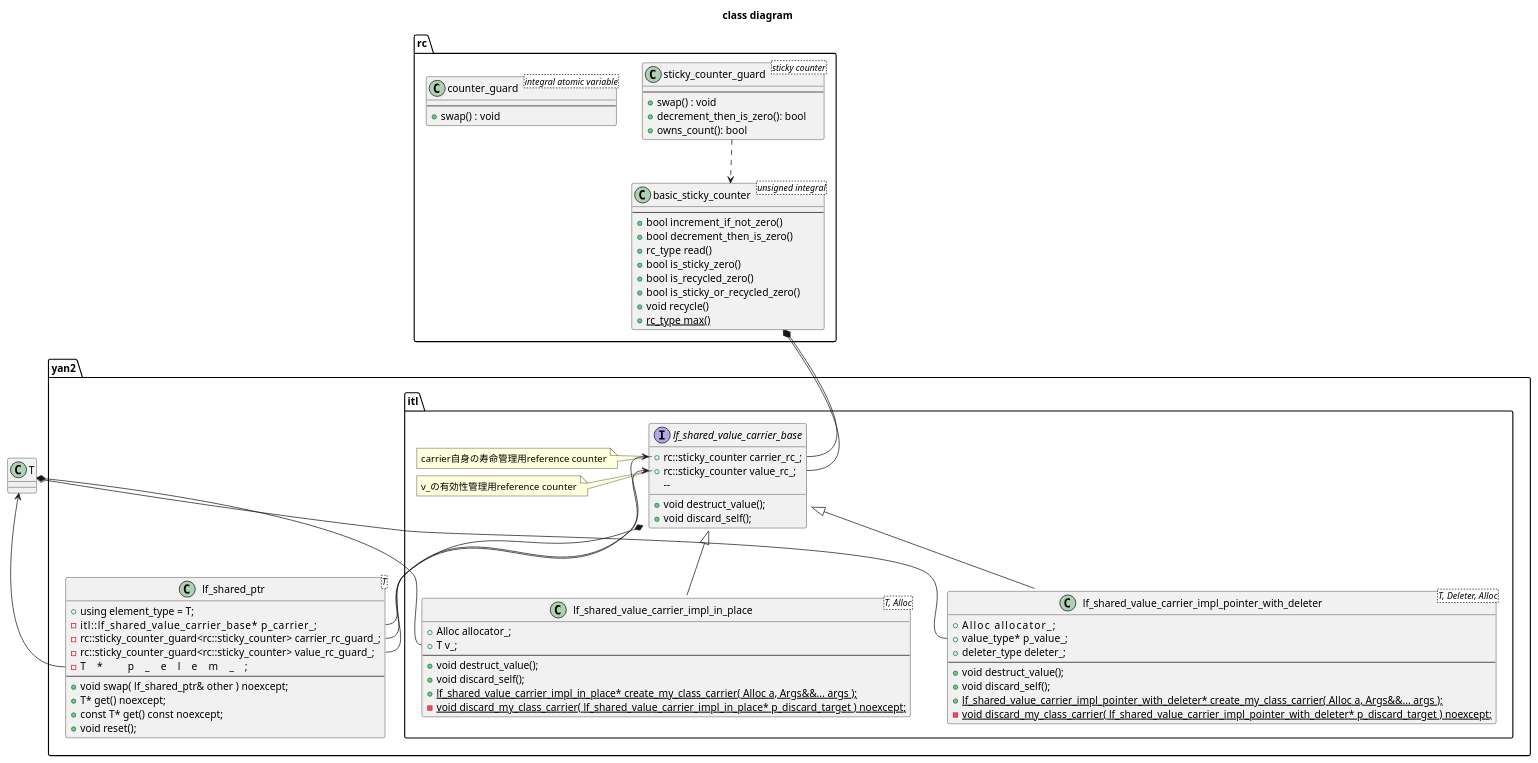
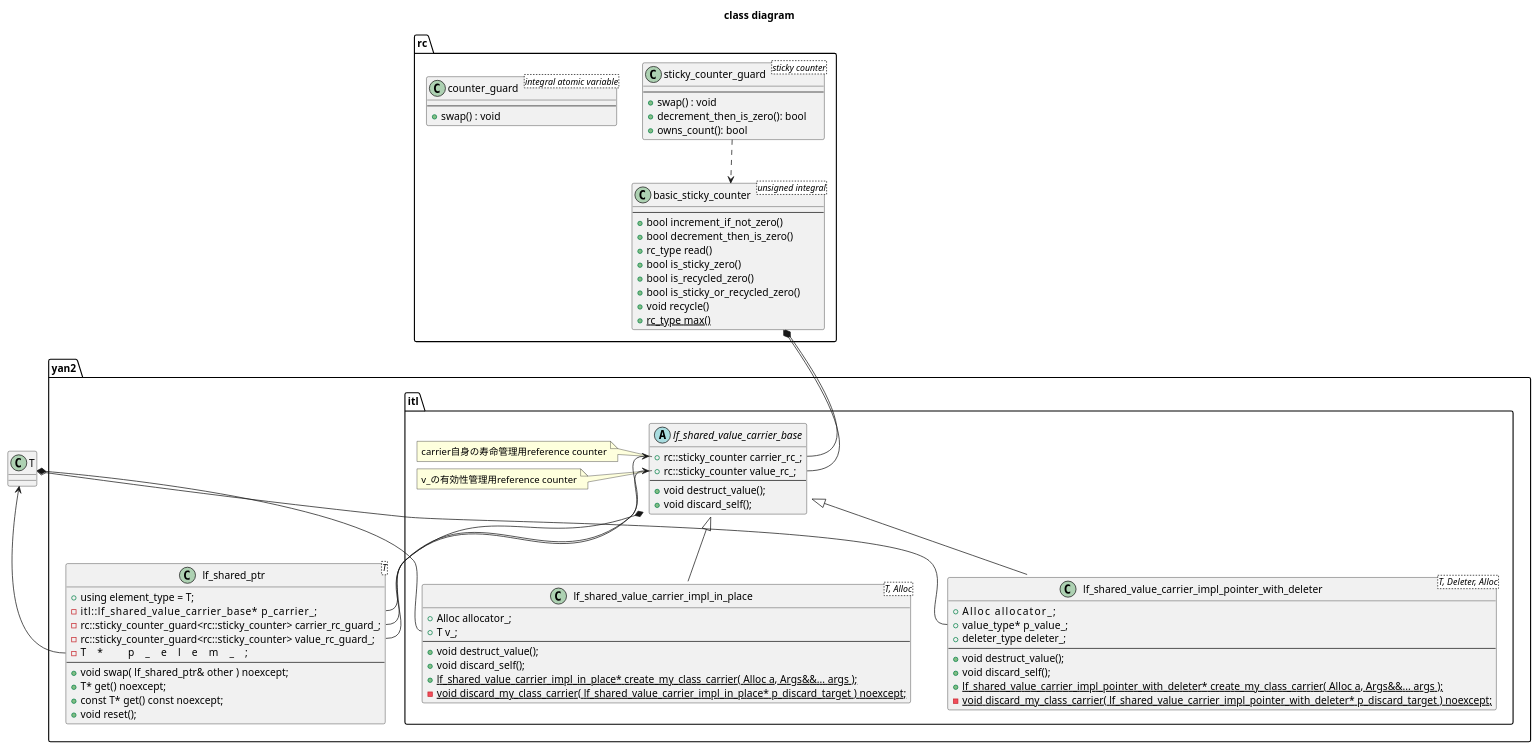
One commit to PFA03027/yan_lf_shared_ptr changed the diagram in doc/class_diagram_lf_shared_ptr.puml. Above: the diagram before and after it, drawn with PlantUML. The commit also changed 1 other file, not shown here.

Commit message:
doc: add class diagram of type_lfheap.hpp

```diff
--- a/doc/class_diagram_lf_shared_ptr.puml
+++ b/doc/class_diagram_lf_shared_ptr.puml
@@ -1,106 +1,106 @@
 @startuml
 
 title class diagram
 
 class T {}
 
 namespace rc {
 class basic_sticky_counter<unsigned integral> {
   --
-+ bool increment_if_not_zero()
-+ bool decrement_then_is_zero()
-+ rc_type read()
-+ bool is_sticky_zero()
-+ bool is_recycled_zero()
-+ bool is_sticky_or_recycled_zero()
-+ void recycle()
-+ {static} rc_type max()
+  + bool increment_if_not_zero()
+  + bool decrement_then_is_zero()
+  + rc_type read()
+  + bool is_sticky_zero()
+  + bool is_recycled_zero()
+  + bool is_sticky_or_recycled_zero()
+  + void recycle()
+  + {static} rc_type max()
 }
 
 
 class sticky_counter_guard<sticky counter> {
-    --
-    + swap() : void
-    + decrement_then_is_zero(): bool
-    + owns_count(): bool
+  --
+  + swap() : void
+  + decrement_then_is_zero(): bool
+  + owns_count(): bool
 }
 
 sticky_counter_guard ..> basic_sticky_counter
 
 class counter_guard<integral atomic variable> {
-    --
-    + swap() : void
+  --
+  + swap() : void
 }
 
 }
 
 namespace yan2 {
 namespace itl {
 
-interface lf_shared_value_carrier_base {
-	+ rc::sticky_counter carrier_rc_;
-	+ rc::sticky_counter value_rc_;
-    --
-    + void destruct_value(); 
-    + void discard_self();
+abstract lf_shared_value_carrier_base {
+  + rc::sticky_counter carrier_rc_;
+  + rc::sticky_counter value_rc_;
+  --
+  + void destruct_value(); 
+  + void discard_self();
 }
 note left of lf_shared_value_carrier_base::carrier_rc_
   carrier自身の寿命管理用reference counter
 end note
 note left of lf_shared_value_carrier_base::value_rc_
   v_の有効性管理用reference counter
 end note
 
 basic_sticky_counter *-- lf_shared_value_carrier_base::carrier_rc_
 basic_sticky_counter *-- lf_shared_value_carrier_base::value_rc_
 
 
 class lf_shared_value_carrier_impl_in_place<T, Alloc> {
-    + Alloc allocator_;
-    + T v_;
-    --
-    + void destruct_value(); 
-    + void discard_self();
-    + {static} lf_shared_value_carrier_impl_in_place* create_my_class_carrier( Alloc a, Args&&... args );
+  + Alloc allocator_;
+  + T v_;
+  --
+  + void destruct_value(); 
+  + void discard_self();
+  + {static} lf_shared_value_carrier_impl_in_place* create_my_class_carrier( Alloc a, Args&&... args );
     - {static} void discard_my_class_carrier( lf_shared_value_carrier_impl_in_place* p_discard_target ) noexcept;
 }
 T *-- lf_shared_value_carrier_impl_in_place::v_
 
 class lf_shared_value_carrier_impl_pointer_with_deleter<T, Deleter, Alloc> {
-    + Alloc        allocator_;
-	+ value_type*  p_value_;
-	+ deleter_type deleter_;
-    --
-    + void destruct_value(); 
-    + void discard_self();
-    + {static} lf_shared_value_carrier_impl_pointer_with_deleter* create_my_class_carrier( Alloc a, Args&&... args );
+  + Alloc        allocator_;
+  + value_type*  p_value_;
+  + deleter_type deleter_;
+  --
+  + void destruct_value(); 
+  + void discard_self();
+  + {static} lf_shared_value_carrier_impl_pointer_with_deleter* create_my_class_carrier( Alloc a, Args&&... args );
     - {static} void discard_my_class_carrier( lf_shared_value_carrier_impl_pointer_with_deleter* p_discard_target ) noexcept;
 }
 T o-- lf_shared_value_carrier_impl_pointer_with_deleter::p_value_
 
 lf_shared_value_carrier_base <|-- lf_shared_value_carrier_impl_in_place
 lf_shared_value_carrier_base <|-- lf_shared_value_carrier_impl_pointer_with_deleter
 
 }
 
 class lf_shared_ptr<T> {
-    + using element_type = T;
+  + using element_type = T;
     - itl::lf_shared_value_carrier_base*           p_carrier_;
-	- rc::sticky_counter_guard<rc::sticky_counter> carrier_rc_guard_;
-	- rc::sticky_counter_guard<rc::sticky_counter> value_rc_guard_;
-	- T*                                           p_elem_;
-    --
-    + void swap( lf_shared_ptr& other ) noexcept;
-    + T* get() noexcept;
-    + const T* get() const noexcept;
-    + void reset();
+  - rc::sticky_counter_guard<rc::sticky_counter> carrier_rc_guard_;
+  - rc::sticky_counter_guard<rc::sticky_counter> value_rc_guard_;
+  - T*                                           p_elem_;
+  --
+  + void swap( lf_shared_ptr& other ) noexcept;
+  + T* get() noexcept;
+  + const T* get() const noexcept;
+  + void reset();
 }
 lf_shared_value_carrier_base *-- lf_shared_ptr::p_carrier_
 lf_shared_value_carrier_base::carrier_rc_ <-- lf_shared_ptr::carrier_rc_guard_
 lf_shared_value_carrier_base::value_rc_ <-- lf_shared_ptr::value_rc_guard_
 T <-- lf_shared_ptr::p_elem_
 
 }
 
 
 @enduml
```
